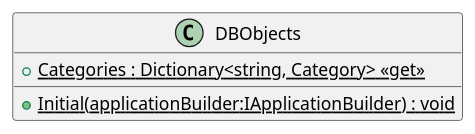
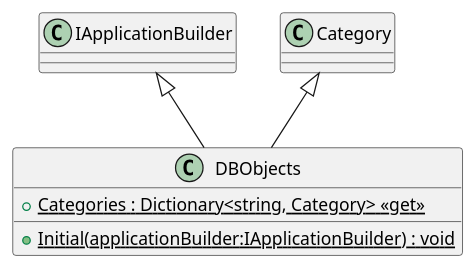
The diagram in CarAndGo/Data/DBObjects.puml (daniel2IT/CarAndGoWebApp), drawn with PlantUML before and after one commit. The commit also changed 16 other files, not shown here.

```diff
--- a/CarAndGo/Data/DBObjects.puml
+++ b/CarAndGo/Data/DBObjects.puml
@@ -1,6 +1,8 @@
 @startuml
 class DBObjects {
     + {static} Initial(applicationBuilder:IApplicationBuilder) : void
     + {static} Categories : Dictionary<string, Category> <<get>>
 }
+IApplicationBuilder <|-- DBObjects
+Category <|-- DBObjects
 @enduml
```
